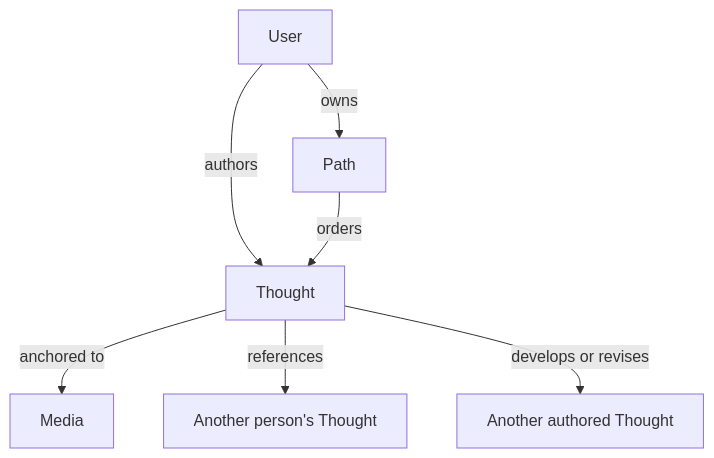
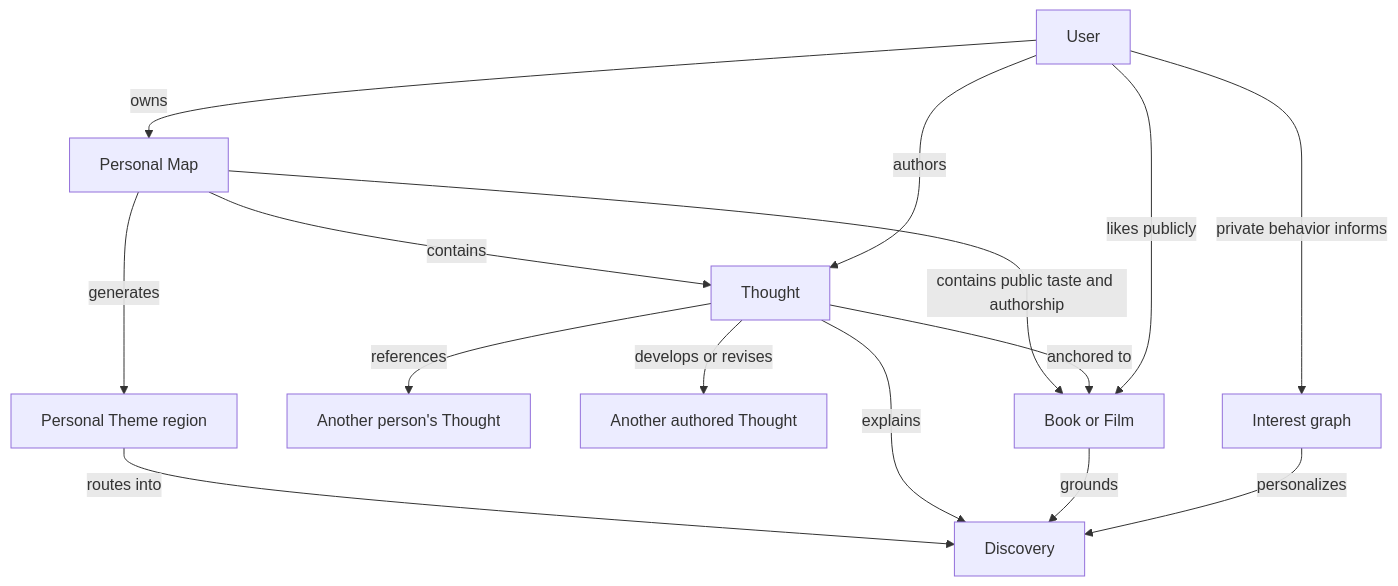
The diagram in docs/01-product-model.md (anuda-d/Contour), drawn with Mermaid before and after one commit. The commit also changed other lines of this file and 12 other files, not shown here.

````diff
--- a/docs/01-product-model.md
+++ b/docs/01-product-model.md
@@ -9,9 +11,17 @@
 ```mermaid
 graph TD
-    U[User] -->|authors| T[Thought]
-    T -->|anchored to| M[Media]
+    U[User] -->|likes publicly| M[Book or Film]
+    U -->|authors| T[Thought]
+    T -->|anchored to| M
     T -->|references| OT[Another person's Thought]
     T -->|develops or revises| NT[Another authored Thought]
-    P[Path] -->|orders| T
-    U -->|owns| P
+    U -->|owns| PM[Personal Map]
+    PM -->|contains public taste and authorship| M
+    PM -->|contains| T
+    PM -->|generates| TR[Personal Theme region]
+    U -->|private behavior informs| IG[Interest graph]
+    IG -->|personalizes| D[Discovery]
+    M -->|grounds| D
+    T -->|explains| D
+    TR -->|routes into| D
 ```
````
